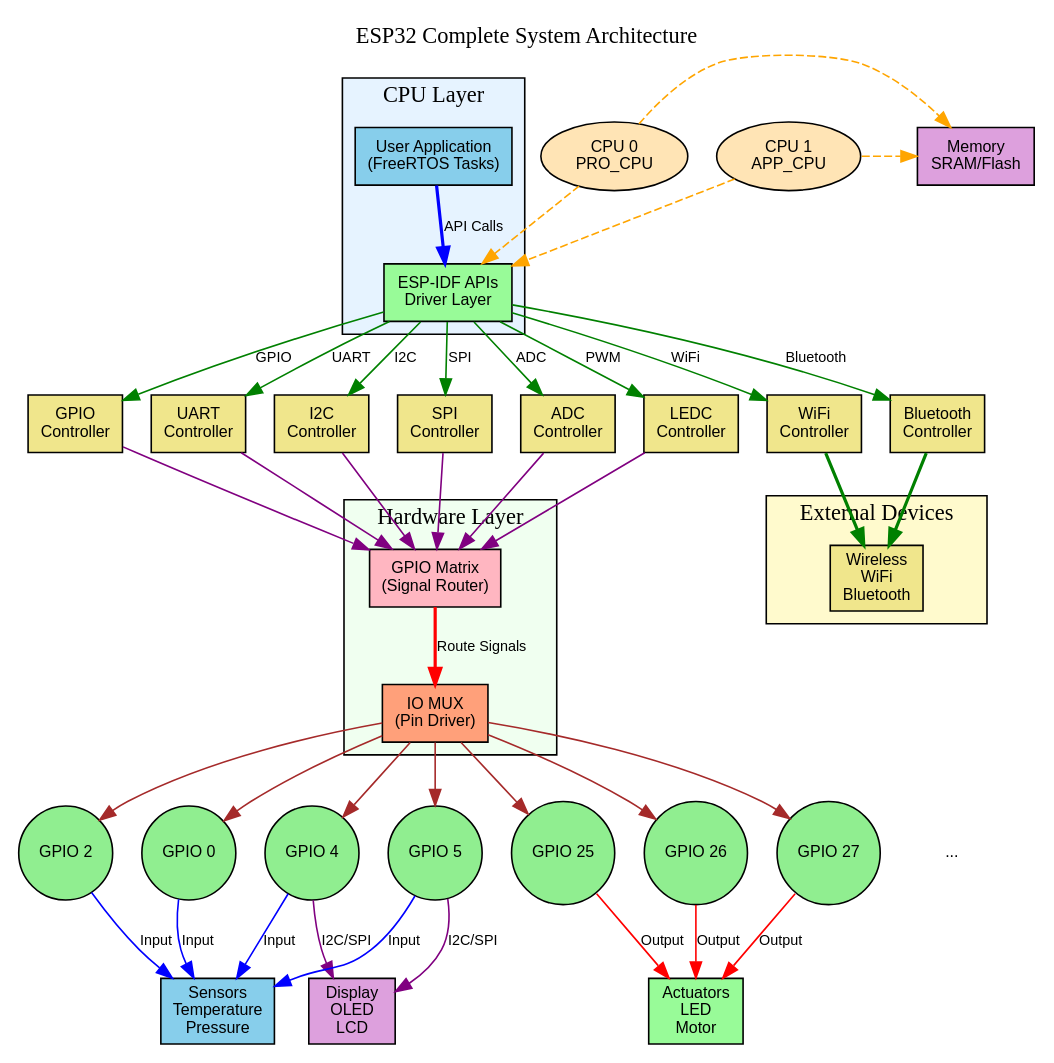
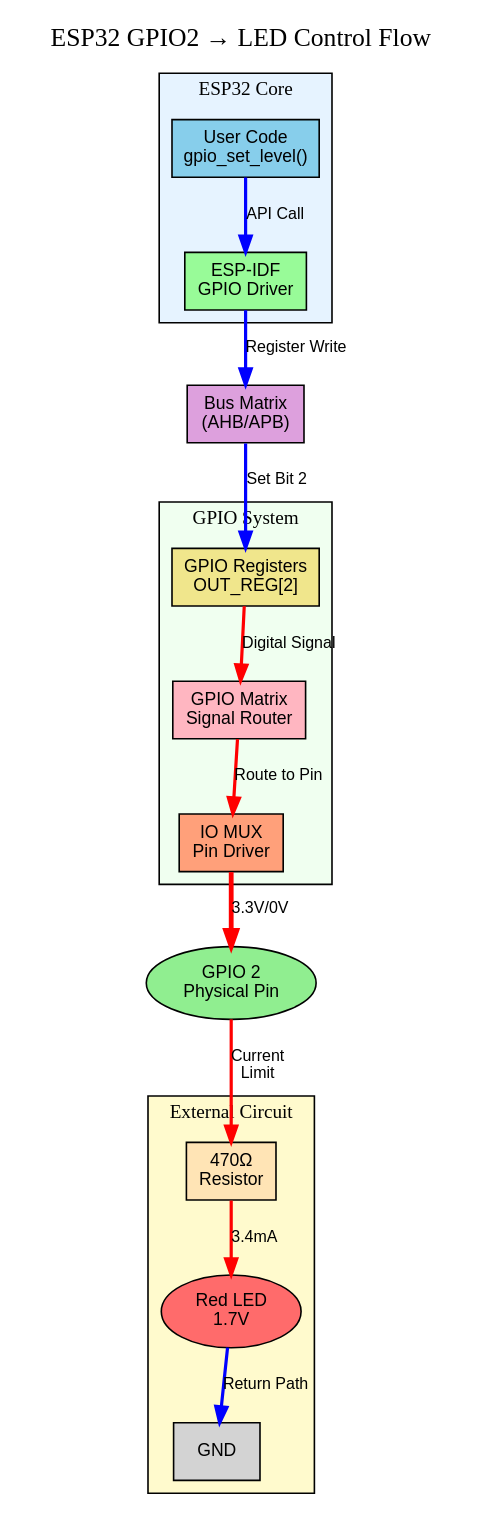
The diagram in image-src/esp32_system_overview.dot (thanapornPit/Week-09-Microcontroller-applications), drawn with Graphviz before and after one commit. The commit also changed 8 other files, not shown here.

First line of the commit message:
Add comprehensive ESP32 GPIO Lab with Docker support

```diff
--- a/image-src/esp32_system_overview.dot
+++ b/image-src/esp32_system_overview.dot
@@ -1,123 +1,70 @@
-digraph ESP32_System_Overview {
+digraph ESP32_GPIO2_LED_System {
     // Graph settings
-    rankdir=TB;
+    rankdir=TB;  // Top to Bottom (vertical flow)
     bgcolor="white";
-    node [fontname="Arial", fontsize=10];
-    edge [fontname="Arial", fontsize=9];
-    compound=true;
+    node [fontname="Arial", fontsize=11];
+    edge [fontname="Arial", fontsize=10];
     
     // CPU Layer
     subgraph cluster_cpu {
-        label="CPU Layer";
+        label="ESP32 Core";
         style=filled;
         fillcolor="#E6F3FF";
+        fontsize=12;
+        fontname="Arial Bold";
         
-        app [label="User Application\n(FreeRTOS Tasks)", shape=box, style=filled, fillcolor="#87CEEB"];
-        esp_idf [label="ESP-IDF APIs\nDriver Layer", shape=box, style=filled, fillcolor="#98FB98"];
+        app [label="User Code\ngpio_set_level()", shape=box, style=filled, fillcolor="#87CEEB"];
+        esp_idf [label="ESP-IDF\nGPIO Driver", shape=box, style=filled, fillcolor="#98FB98"];
     }
     
-    // Hardware Abstraction Layer
-    subgraph cluster_hal {
-        label="Hardware Layer";
+    // System Bus
+    bus_matrix [label="Bus Matrix\n(AHB/APB)", shape=box, style=filled, fillcolor="#DDA0DD"];
+    
+    // GPIO System
+    subgraph cluster_gpio {
+        label="GPIO System";
         style=filled;
         fillcolor="#F0FFF0";
+        fontsize=12;
+        fontname="Arial Bold";
         
-        // Core components
-        cpu0 [label="CPU 0\nPRO_CPU", shape=ellipse, style=filled, fillcolor="#FFE4B5"];
-        cpu1 [label="CPU 1\nAPP_CPU", shape=ellipse, style=filled, fillcolor="#FFE4B5"];
-        memory [label="Memory\nSRAM/Flash", shape=box, style=filled, fillcolor="#DDA0DD"];
-        
-        // Peripheral controllers
-        gpio_ctrl [label="GPIO\nController", shape=box, style=filled, fillcolor="#F0E68C"];
-        uart_ctrl [label="UART\nController", shape=box, style=filled, fillcolor="#F0E68C"];
-        i2c_ctrl [label="I2C\nController", shape=box, style=filled, fillcolor="#F0E68C"];
-        spi_ctrl [label="SPI\nController", shape=box, style=filled, fillcolor="#F0E68C"];
-        adc_ctrl [label="ADC\nController", shape=box, style=filled, fillcolor="#F0E68C"];
-        ledc_ctrl [label="LEDC\nController", shape=box, style=filled, fillcolor="#F0E68C"];
-        wifi_ctrl [label="WiFi\nController", shape=box, style=filled, fillcolor="#F0E68C"];
-        bt_ctrl [label="Bluetooth\nController", shape=box, style=filled, fillcolor="#F0E68C"];
-        
-        // GPIO Matrix and IO MUX
-        gpio_matrix [label="GPIO Matrix\n(Signal Router)", shape=box, style=filled, fillcolor="#FFB6C1"];
-        io_mux [label="IO MUX\n(Pin Driver)", shape=box, style=filled, fillcolor="#FFA07A"];
+        gpio_reg [label="GPIO Registers\nOUT_REG[2]", shape=box, style=filled, fillcolor="#F0E68C"];
+        gpio_matrix [label="GPIO Matrix\nSignal Router", shape=box, style=filled, fillcolor="#FFB6C1"];
+        io_mux [label="IO MUX\nPin Driver", shape=box, style=filled, fillcolor="#FFA07A"];
     }
     
-    // Physical GPIO Pins
-    subgraph cluster_pins {
-        label="Physical GPIO Pins";
+    // Physical Pin
+    gpio2_pin [label="GPIO 2\nPhysical Pin", shape=ellipse, style=filled, fillcolor="#90EE90"];
+    
+    // External Circuit
+    subgraph cluster_external {
+        label="External Circuit";
         style=filled;
-        fillcolor="#F5F5F5";
+        fillcolor="#FFFACD";
+        fontsize=12;
+        fontname="Arial Bold";
         
-        gpio0 [label="GPIO 0", shape=circle, style=filled, fillcolor="#90EE90"];
-        gpio2 [label="GPIO 2", shape=circle, style=filled, fillcolor="#90EE90"];
-        gpio4 [label="GPIO 4", shape=circle, style=filled, fillcolor="#90EE90"];
-        gpio5 [label="GPIO 5", shape=circle, style=filled, fillcolor="#90EE90"];
-        gpio_dots [label="...", shape=plaintext];
-        gpio25 [label="GPIO 25", shape=circle, style=filled, fillcolor="#90EE90"];
-        gpio26 [label="GPIO 26", shape=circle, style=filled, fillcolor="#90EE90"];
-        gpio27 [label="GPIO 27", shape=circle, style=filled, fillcolor="#90EE90"];
+        resistor [label="470Ω\nResistor", shape=box, style=filled, fillcolor="#FFE4B5"];
+        led [label="Red LED\n1.7V", shape=ellipse, style=filled, fillcolor="#FF6B6B"];
+        gnd [label="GND", shape=box, style=filled, fillcolor="#D3D3D3"];
     }
     
-    // External Devices
-    subgraph cluster_external {
-        label="External Devices";
-        style=filled;
-        fillcolor="#FFFACD";
-        
-        sensor [label="Sensors\nTemperature\nPressure", shape=box, style=filled, fillcolor="#87CEEB"];
-        actuator [label="Actuators\nLED\nMotor", shape=box, style=filled, fillcolor="#98FB98"];
-        display [label="Display\nOLED\nLCD", shape=box, style=filled, fillcolor="#DDA0DD"];
-        wireless [label="Wireless\nWiFi\nBluetooth", shape=cloud, style=filled, fillcolor="#F0E68C"];
-    }
+    // Vertical Data Flow (Top to Bottom)
+    app -> esp_idf [label="API Call", color="blue", penwidth=2];
+    esp_idf -> bus_matrix [label="Register Write", color="blue", penwidth=2];
+    bus_matrix -> gpio_reg [label="Set Bit 2", color="blue", penwidth=2];
+    gpio_reg -> gpio_matrix [label="Digital Signal", color="red", penwidth=2];
+    gpio_matrix -> io_mux [label="Route to Pin", color="red", penwidth=2];
+    io_mux -> gpio2_pin [label="3.3V/0V", color="red", penwidth=3];
     
-    // Application to Driver connections
-    app -> esp_idf [label="API Calls", color="blue", penwidth=2];
-    esp_idf -> gpio_ctrl [label="GPIO", color="green"];
-    esp_idf -> uart_ctrl [label="UART", color="green"];
-    esp_idf -> i2c_ctrl [label="I2C", color="green"];
-    esp_idf -> spi_ctrl [label="SPI", color="green"];
-    esp_idf -> adc_ctrl [label="ADC", color="green"];
-    esp_idf -> ledc_ctrl [label="PWM", color="green"];
-    esp_idf -> wifi_ctrl [label="WiFi", color="green"];
-    esp_idf -> bt_ctrl [label="Bluetooth", color="green"];
-    
-    // CPU connections
-    {cpu0; cpu1} -> esp_idf [style=dashed, color="orange"];
-    {cpu0; cpu1} -> memory [style=dashed, color="orange"];
-    
-    // Controller to GPIO Matrix
-    gpio_ctrl -> gpio_matrix [color="purple"];
-    uart_ctrl -> gpio_matrix [color="purple"];
-    i2c_ctrl -> gpio_matrix [color="purple"];
-    spi_ctrl -> gpio_matrix [color="purple"];
-    adc_ctrl -> gpio_matrix [color="purple"];
-    ledc_ctrl -> gpio_matrix [color="purple"];
-    
-    // GPIO Matrix to IO MUX
-    gpio_matrix -> io_mux [label="Route Signals", color="red", penwidth=2];
-    
-    // IO MUX to GPIO Pins
-    io_mux -> {gpio0; gpio2; gpio4; gpio5; gpio25; gpio26; gpio27} [color="brown"];
-    
-    // GPIO Pins to External Devices
-    {gpio0; gpio2; gpio4; gpio5} -> sensor [label="Input", color="blue"];
-    {gpio25; gpio26; gpio27} -> actuator [label="Output", color="red"];
-    {gpio4; gpio5} -> display [label="I2C/SPI", color="purple"];
-    
-    // Wireless connections
-    wifi_ctrl -> wireless [color="green", style=bold];
-    bt_ctrl -> wireless [color="green", style=bold];
-    
-    // Position constraints
-    {rank=same; cpu0; cpu1; memory}
-    {rank=same; gpio_ctrl; uart_ctrl; i2c_ctrl; spi_ctrl}
-    {rank=same; adc_ctrl; ledc_ctrl; wifi_ctrl; bt_ctrl}
-    {rank=same; gpio0; gpio2; gpio4; gpio5; gpio_dots; gpio25; gpio26; gpio27}
-    {rank=same; sensor; actuator; display}
+    // External Circuit Flow (continues downward)
+    gpio2_pin -> resistor [label="Current\nLimit", color="red", penwidth=2];
+    resistor -> led [label="3.4mA", color="red", penwidth=2];
+    led -> gnd [label="Return Path", color="blue", penwidth=2];
     
     // Title
-    label="ESP32 Complete System Architecture";
+    label="ESP32 GPIO2 → LED Control Flow";
     labelloc="t";
-    fontsize=14;
+    fontsize=16;
     fontname="Arial Bold";
 }
```
